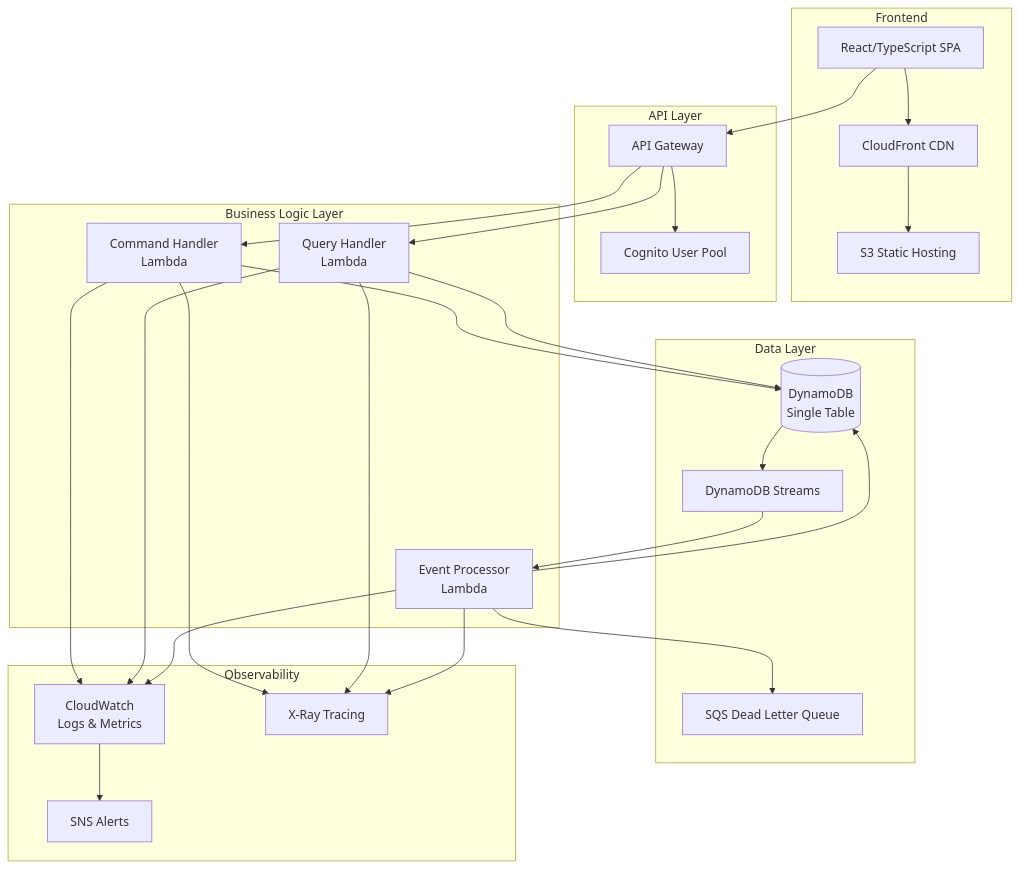
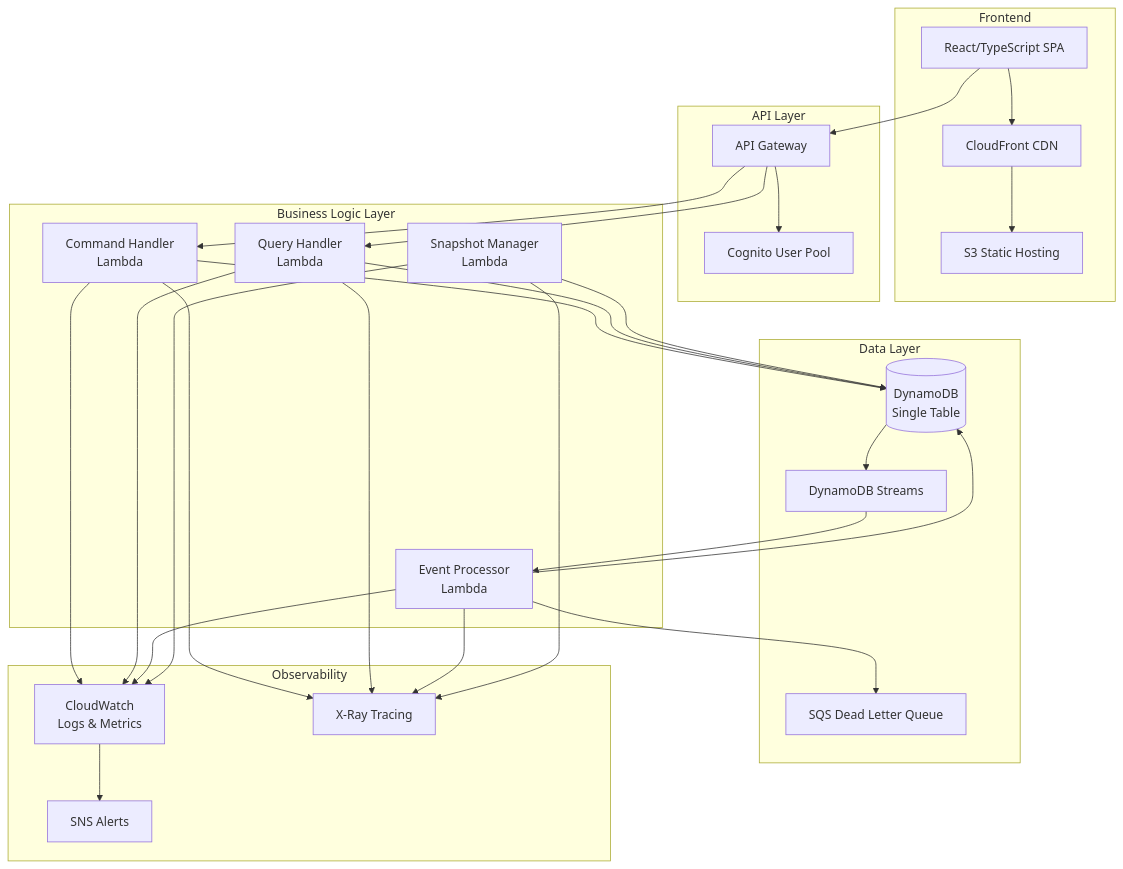
One commit to tkgakr/family-todo changed the first of 3 diagrams in docs/architecture/OVERVIEW.md. Above: the diagram before and after it, drawn with Mermaid. The commit also changed other lines of this file and 4 other files, not shown here.

````diff
--- a/docs/architecture/OVERVIEW.md
+++ b/docs/architecture/OVERVIEW.md
@@ -10,52 +11,56 @@
 ```mermaid
 graph TB
     subgraph "Frontend"
         UI[React/TypeScript SPA]
         CDN[CloudFront CDN]
         S3[S3 Static Hosting]
     end
     
     subgraph "API Layer"
         AG[API Gateway]
         AUTH[Cognito User Pool]
     end
     
     subgraph "Business Logic Layer"
         CH[Command Handler<br/>Lambda]
         QH[Query Handler<br/>Lambda]
         EP[Event Processor<br/>Lambda]
+        SM[Snapshot Manager<br/>Lambda]
     end
     
     subgraph "Data Layer"
         DB[(DynamoDB<br/>Single Table)]
         STREAM[DynamoDB Streams]
         DLQ[SQS Dead Letter Queue]
     end
     
     subgraph "Observability"
         CW[CloudWatch<br/>Logs & Metrics]
         XRAY[X-Ray Tracing]
         SNS[SNS Alerts]
     end
     
     UI --> CDN
     CDN --> S3
     UI --> AG
     AG --> AUTH
     AG --> CH
     AG --> QH
     CH --> DB
     QH --> DB
     DB --> STREAM
     STREAM --> EP
     EP --> DB
     EP --> DLQ
     
     CH --> CW
     QH --> CW
     EP --> CW
     CH --> XRAY
     QH --> XRAY
     EP --> XRAY
+    SM --> DB
+    SM --> CW
+    SM --> XRAY
     CW --> SNS
 ```
````
